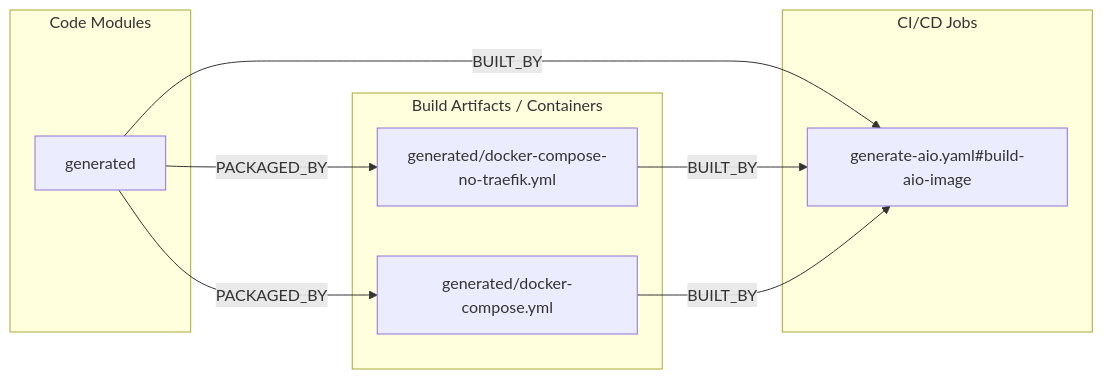
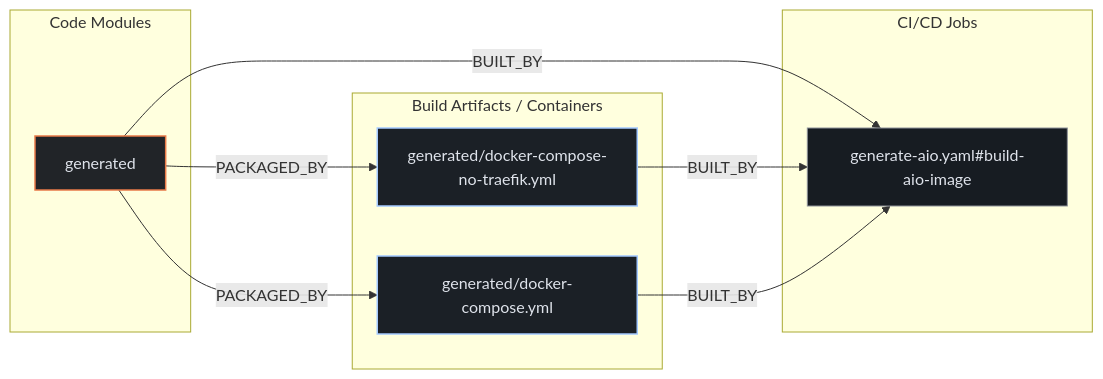
One commit to kumarshaz/atruss-code-atlas changed the second of 3 diagrams in exports/latest/reports/RocketChat-rocketchat-compose-report.md. Above: the diagram before and after it, drawn with Mermaid. The commit also changed other lines of this file and 331 other files, not shown here.

Commit message:
docs,ui,fix: update SDLC docs, reorder CI/CD DAG first, stylize Mermaid, and fix Arc42 pipeline topology

````diff
--- a/exports/latest/reports/RocketChat-rocketchat-compose-report.md
+++ b/exports/latest/reports/RocketChat-rocketchat-compose-report.md
@@ -109,18 +116,22 @@
 ```mermaid
 flowchart LR
+    classDef atlasCategory fill:#212428,stroke:#E87A48,stroke-width:1.5px,color:#dfe3eb
+    classDef atlasWorkflow fill:#1b2026,stroke:#a3c9ff,stroke-width:1.5px,color:#dfe3eb
+    classDef atlasJob fill:#171c22,stroke:#8d9199,stroke-width:1px,color:#dfe3eb
+    classDef atlasTarget fill:#005227,stroke:#8bd99b,stroke-width:1.5px,color:#a7f6b6
     subgraph code_modules["Code Modules"]
-        mod_generated["generated"]
+        mod_generated["generated"]:::atlasCategory
     end
     subgraph build_artifacts["Build Artifacts / Containers"]
-        art_generated_docker_compose_no_traefik_yml["generated/docker-compose-no-traefik.yml"]
-        art_generated_docker_compose_yml["generated/docker-compose.yml"]
+        art_generated_docker_compose_no_traefik_yml["generated/docker-compose-no-traefik.yml"]:::atlasWorkflow
+        art_generated_docker_compose_yml["generated/docker-compose.yml"]:::atlasWorkflow
     end
     subgraph ci_jobs["CI/CD Jobs"]
-        job_generate_aio_yaml_build_aio_image["generate-aio.yaml#build-aio-image"]
+        job_generate_aio_yaml_build_aio_image["generate-aio.yaml#build-aio-image"]:::atlasJob
     end
     mod_generated -->|BUILT_BY| job_generate_aio_yaml_build_aio_image
     mod_generated -->|PACKAGED_BY| art_generated_docker_compose_no_traefik_yml
     mod_generated -->|PACKAGED_BY| art_generated_docker_compose_yml
     art_generated_docker_compose_no_traefik_yml -->|BUILT_BY| job_generate_aio_yaml_build_aio_image
     art_generated_docker_compose_yml -->|BUILT_BY| job_generate_aio_yaml_build_aio_image
 ```
````
